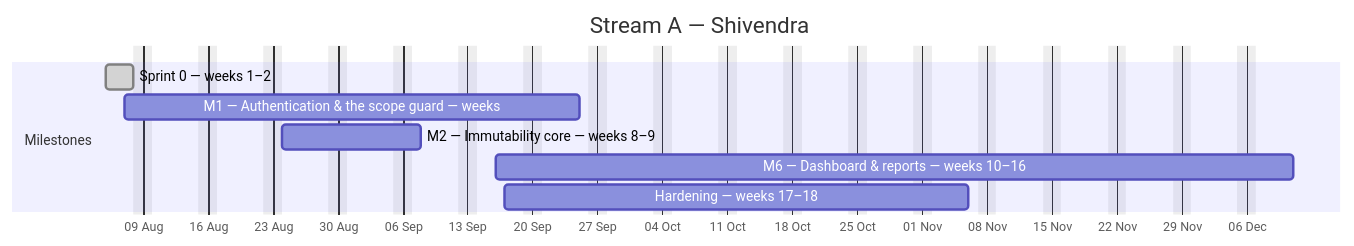
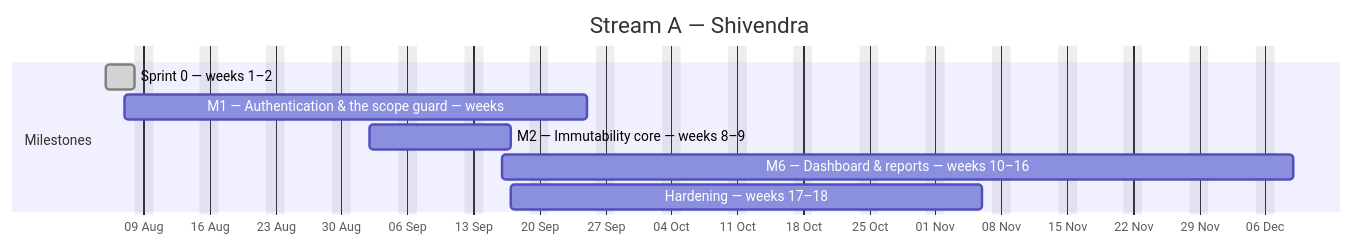
Before and after one commit to debashisedunext/EduTrack: the first of 4 diagrams in docs/plan/GANTT.md, drawn with Mermaid. The commit also changed other lines of this file and 3 other files, not shown here.

````diff
--- a/docs/plan/GANTT.md
+++ b/docs/plan/GANTT.md
@@ -131,13 +127,13 @@
 ```mermaid
 gantt
     dateFormat YYYY-MM-DD
     axisFormat %d %b
     title Stream A — Shivendra
     excludes weekends
     section Milestones
     Sprint 0 — weeks 1–2 :done, a0, 2026-08-05, 3d
     M1 — Authentication & the scope guard — weeks :a1, 2026-08-07, 35d
-    M2 — Immutability core — weeks 8–9 :a2, 2026-08-24, 11d
-    M6 — Dashboard & reports — weeks 10–16 :a3, 2026-09-16, 62d
+    M2 — Immutability core — weeks 8–9 :a2, 2026-09-02, 11d
+    M6 — Dashboard & reports — weeks 10–16 :a3, 2026-09-16, 60d
     Hardening — weeks 17–18 :a4, 2026-09-17, 36d
 ```
````
